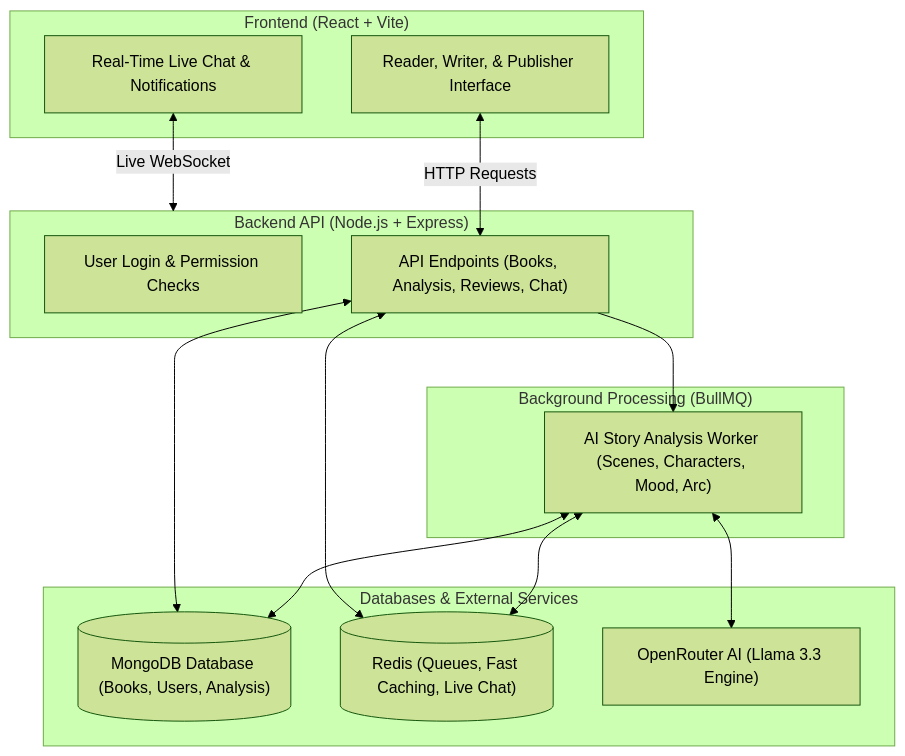
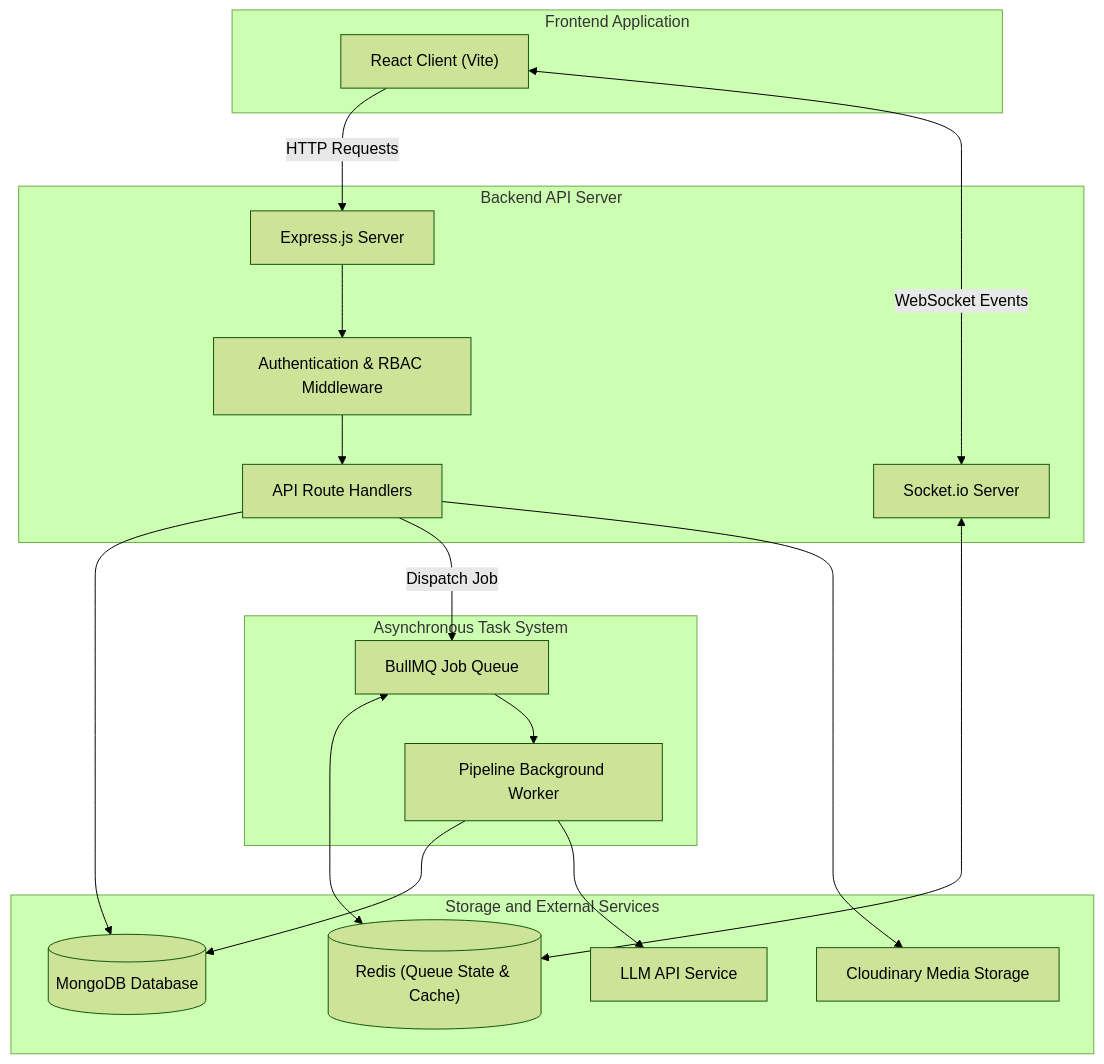
Before and after one commit to Samiksha-Lohia/Storyloom: the diagram in README.md, drawn with Mermaid (forest theme). The commit also changed other lines of this file and 213 other files, not shown here.

````diff
--- a/README.md
+++ b/README.md
@@ -91,31 +58,38 @@
 ```mermaid
-graph TB
-    subgraph Client["Frontend (React + Vite)"]
-        UI["Reader, Writer, & Publisher Interface"]
-        SocketClient["Real-Time Live Chat & Notifications"]
+flowchart TD
+    subgraph ClientLayer["Frontend Application"]
+        Browser["React Client (Vite)"]
     end
 
-    subgraph Server["Backend API (Node.js + Express)"]
-        Auth["User Login & Permission Checks"]
-        Routes["API Endpoints (Books, Analysis, Reviews, Chat)"]
+    subgraph ServerLayer["Backend API Server"]
+        Express["Express.js Server"]
+        AuthMiddleware["Authentication & RBAC Middleware"]
+        SocketServer["Socket.io Server"]
+        RouteHandlers["API Route Handlers"]
     end
 
-    subgraph Workers["Background Processing (BullMQ)"]
-        PipelineWorker["AI Story Analysis Worker (Scenes, Characters, Mood, Arc)"]
+    subgraph AsyncLayer["Asynchronous Task System"]
+        Queue["BullMQ Job Queue"]
+        Worker["Pipeline Background Worker"]
     end
 
-    subgraph Storage["Databases & External Services"]
-        MongoDB[("MongoDB Database (Books, Users, Analysis)")]
-        RedisDB[("Redis (Queues, Fast Caching, Live Chat)")]
-        OpenRouter["OpenRouter AI (Llama 3.3 Engine)"]
+    subgraph DataLayer["Storage and External Services"]
+        MongoDB[("MongoDB Database")]
+        RedisDB[("Redis (Queue State & Cache)")]
+        CloudStorage["Cloudinary Media Storage"]
+        AIModel["LLM API Service"]
     end
 
-    UI <-->|HTTP Requests| Routes
-    SocketClient <-->|Live WebSocket| Server
-    Routes --> PipelineWorker
-    PipelineWorker <--> RedisDB
-    PipelineWorker <--> MongoDB
-    PipelineWorker <--> OpenRouter
-    Routes <--> MongoDB
-    Routes <--> RedisDB
+    Browser -->|HTTP Requests| Express
+    Browser <-->|WebSocket Events| SocketServer
+    Express --> AuthMiddleware
+    AuthMiddleware --> RouteHandlers
+    RouteHandlers --> MongoDB
+    RouteHandlers -->|Dispatch Job| Queue
+    RouteHandlers --> CloudStorage
+    SocketServer <--> RedisDB
+    Queue <--> RedisDB
+    Queue --> Worker
+    Worker --> MongoDB
+    Worker --> AIModel
 ```
````
